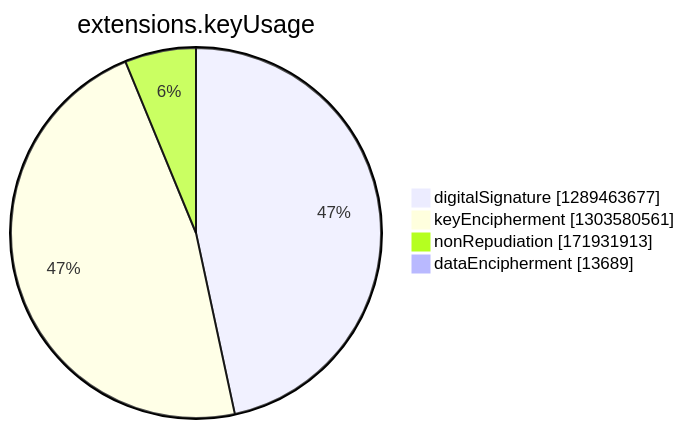
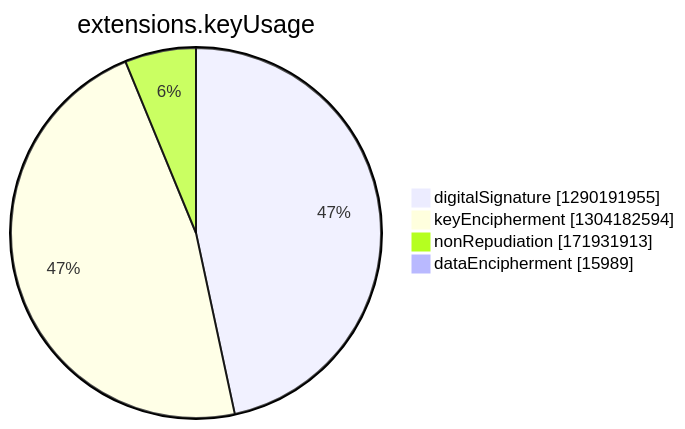
The seventh of 15 diagrams in argon2022/README.md (christiankrug/ctmonitor_visualization), drawn with Mermaid before and after one commit. The commit also changed other lines of this file, not shown here.

````diff
--- a/argon2022/README.md
+++ b/argon2022/README.md
@@ -2748,8 +2748,8 @@
 ```mermaid
 pie showData
 title extensions.keyUsage
-"digitalSignature" :1289463677
-"keyEncipherment" :1303580561
+"digitalSignature" :1290191955
+"keyEncipherment" :1304182594
 "nonRepudiation" :171931913
-"dataEncipherment" :13689
+"dataEncipherment" :15989
 ```
````
